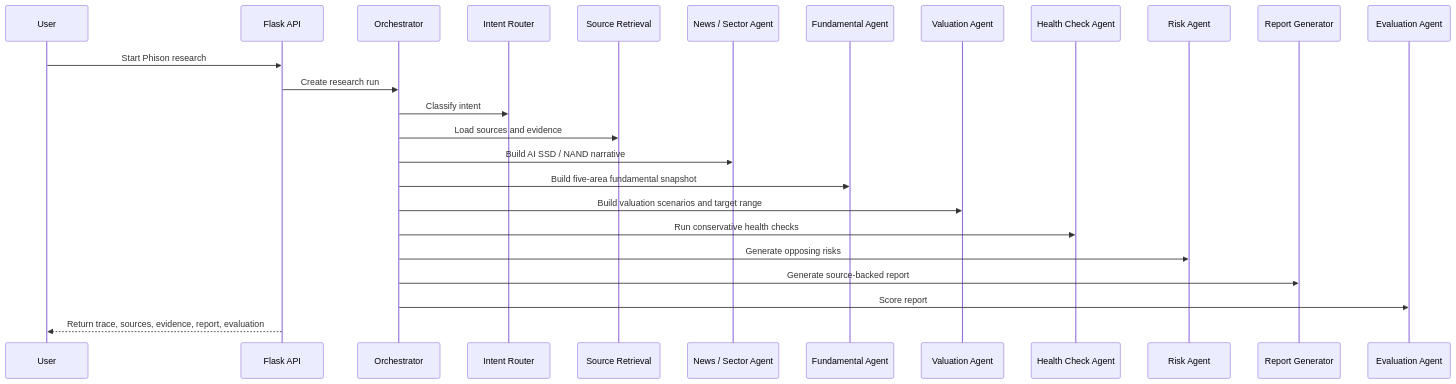
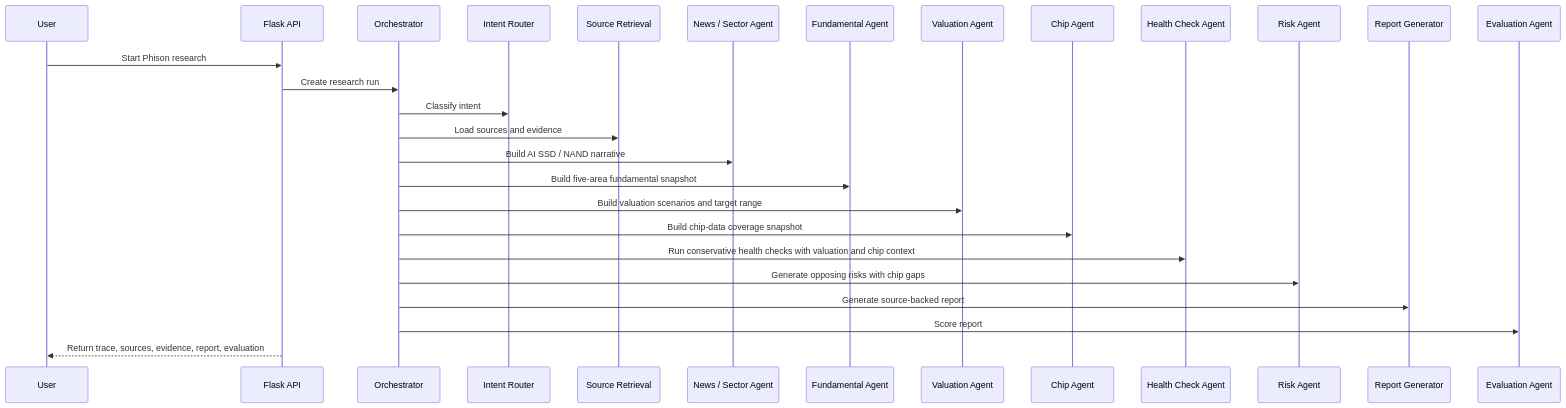
One commit to DancinAndrew/personal-finance-multi-agent-system changed the second of 3 diagrams in docs/architecture.md. Above: the diagram before and after it, drawn with Mermaid. The commit also changed other lines of this file and 10 other files, not shown here.

Commit message:
feat: add deterministic chip agent

````diff
--- a/docs/architecture.md
+++ b/docs/architecture.md
@@ -19,28 +19,30 @@
 ```mermaid
 sequenceDiagram
   participant U as User
   participant API as Flask API
   participant O as Orchestrator
   participant R as Intent Router
   participant S as Source Retrieval
   participant N as News / Sector Agent
   participant F as Fundamental Agent
   participant V as Valuation Agent
+  participant C as Chip Agent
   participant H as Health Check Agent
   participant K as Risk Agent
   participant G as Report Generator
   participant E as Evaluation Agent
 
   U->>API: Start Phison research
   API->>O: Create research run
   O->>R: Classify intent
   O->>S: Load sources and evidence
   O->>N: Build AI SSD / NAND narrative
   O->>F: Build five-area fundamental snapshot
   O->>V: Build valuation scenarios and target range
-  O->>H: Run conservative health checks
-  O->>K: Generate opposing risks
+  O->>C: Build chip-data coverage snapshot
+  O->>H: Run conservative health checks with valuation and chip context
+  O->>K: Generate opposing risks with chip gaps
   O->>G: Generate source-backed report
   O->>E: Score report
   API-->>U: Return trace, sources, evidence, report, evaluation
 ```
````
